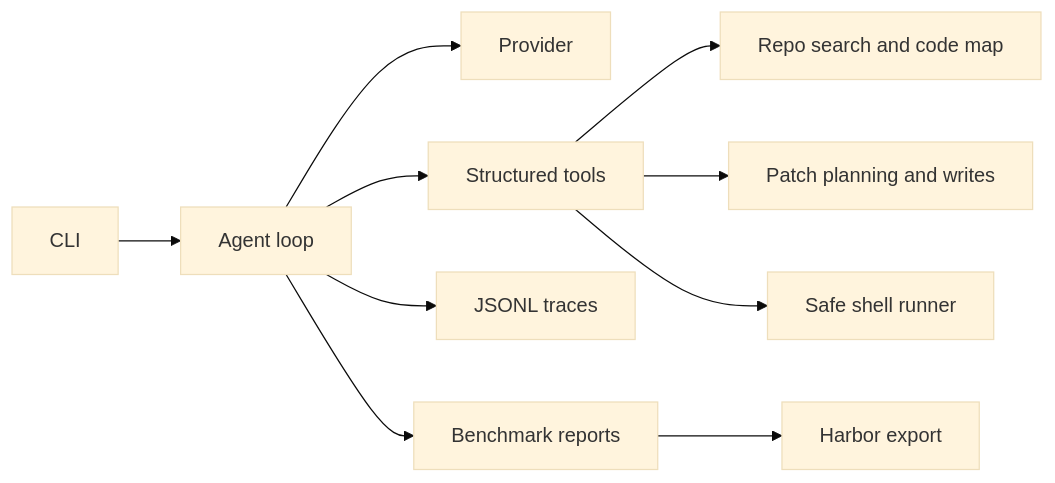
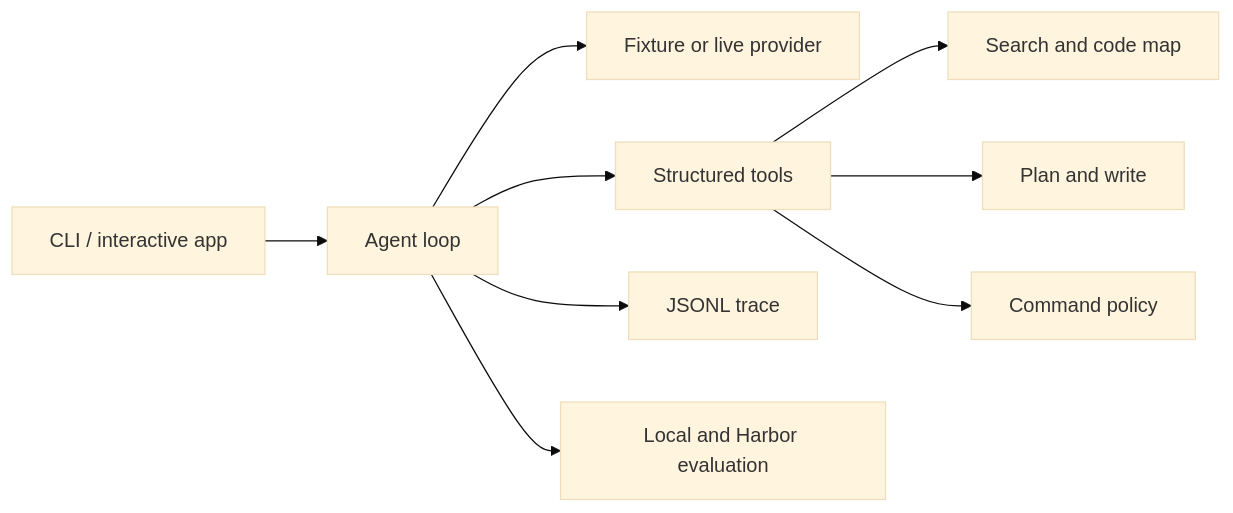
The diagram in README.md (Rohanasudani/terminal-coding-agent), drawn with Mermaid (base theme) before and after one commit. The commit also changed other lines of this file and 48 other files, not shown here.

````diff
--- a/README.md
+++ b/README.md
@@ -37,12 +27,11 @@
 ```mermaid
 flowchart LR
-    CLI[CLI] --> Agent[Agent loop]
-    Agent --> Provider[Provider]
+    CLI[CLI / interactive app] --> Agent[Agent loop]
+    Agent --> Provider[Fixture or live provider]
     Agent --> Tools[Structured tools]
-    Tools --> Repo[Repo search and code map]
-    Tools --> Writes[Patch planning and writes]
-    Tools --> Shell[Safe shell runner]
-    Agent --> Traces[JSONL traces]
-    Agent --> Bench[Benchmark reports]
-    Bench --> Harbor[Harbor export]
+    Tools --> Repo[Search and code map]
+    Tools --> Patch[Plan and write]
+    Tools --> Shell[Command policy]
+    Agent --> Trace[JSONL trace]
+    Agent --> Eval[Local and Harbor evaluation]
 ```
````
